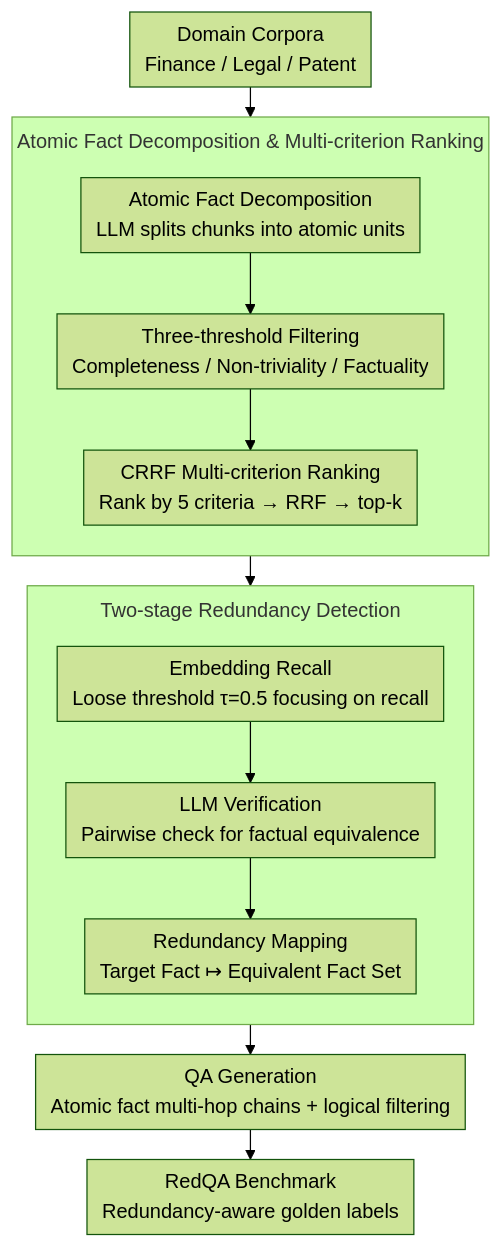
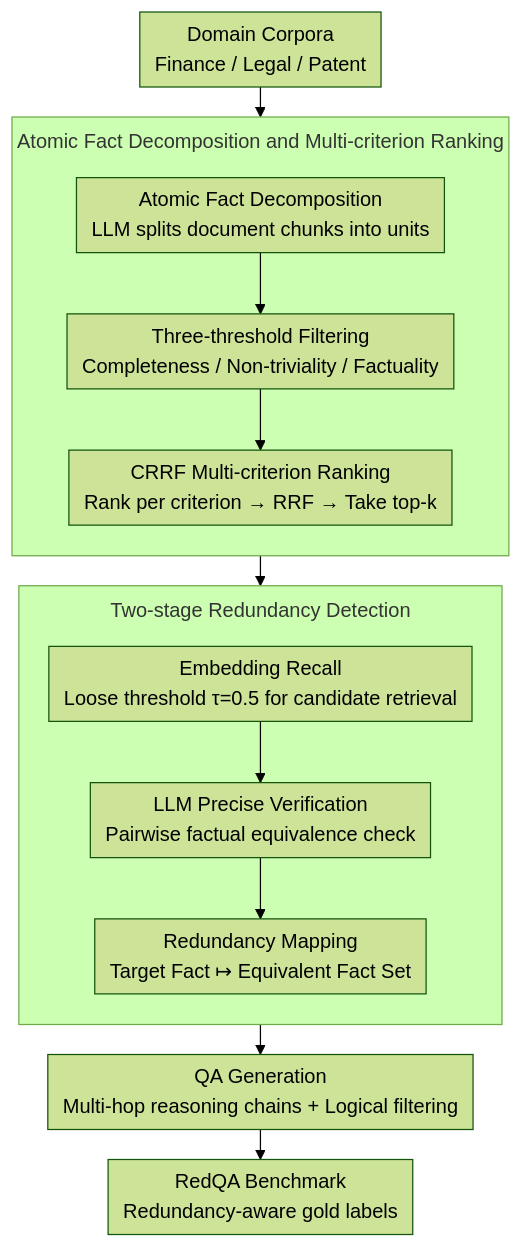
One commit to zhaoyang97/Paper-Notes-en changed the diagram in docs/ACL2026/information_retrieval/rare_redundancy-aware_retrieval_evaluation_framework_for_high-similarity_corpora.md. Above: the diagram before and after it, drawn with Mermaid (forest theme). The commit also changed other lines of this file and 5084 other files, not shown here.

````diff
--- a/docs/ACL2026/information_retrieval/rare_redundancy-aware_retrieval_evaluation_framework_for_high-similarity_corpora.md
+++ b/docs/ACL2026/information_retrieval/rare_redundancy-aware_retrieval_evaluation_framework_for_high-similarity_corpora.md
@@ -44,18 +44,18 @@
 ```mermaid
 %%{init: {'flowchart': {'rankSpacing': 24, 'nodeSpacing': 28, 'padding': 6, 'wrappingWidth': 400, 'subGraphTitleMargin': {'top': 8, 'bottom': 16}}}}%%
 flowchart TD
     IN["Domain Corpora<br/>Finance / Legal / Patent"] --> A1
-    subgraph S1["Atomic Fact Decomposition & Multi-criterion Ranking"]
+    subgraph S1["Atomic Fact Decomposition and Multi-criterion Ranking"]
         direction TB
-        A1["Atomic Fact Decomposition<br/>LLM splits chunks into atomic units"] --> A2["Three-threshold Filtering<br/>Completeness / Non-triviality / Factuality"]
-        A2 --> A3["CRRF Multi-criterion Ranking<br/>Rank by 5 criteria → RRF → top-k"]
+        A1["Atomic Fact Decomposition<br/>LLM splits document chunks into units"] --> A2["Three-threshold Filtering<br/>Completeness / Non-triviality / Factuality"]
+        A2 --> A3["CRRF Multi-criterion Ranking<br/>Rank per criterion → RRF → Take top-k"]
     end
     A3 --> S2
     subgraph S2["Two-stage Redundancy Detection"]
         direction TB
-        B1["Embedding Recall<br/>Loose threshold τ=0.5 focusing on recall"] --> B2["LLM Verification<br/>Pairwise check for factual equivalence"]
+        B1["Embedding Recall<br/>Loose threshold τ=0.5 for candidate retrieval"] --> B2["LLM Precise Verification<br/>Pairwise factual equivalence check"]
         B2 --> B3["Redundancy Mapping<br/>Target Fact ↦ Equivalent Fact Set"]
     end
-    B3 --> C1["QA Generation<br/>Atomic fact multi-hop chains + logical filtering"]
-    C1 --> OUT["RedQA Benchmark<br/>Redundancy-aware golden labels"]
+    B3 --> C1["QA Generation<br/>Multi-hop reasoning chains + Logical filtering"]
+    C1 --> OUT["RedQA Benchmark<br/>Redundancy-aware gold labels"]
 ```
````
